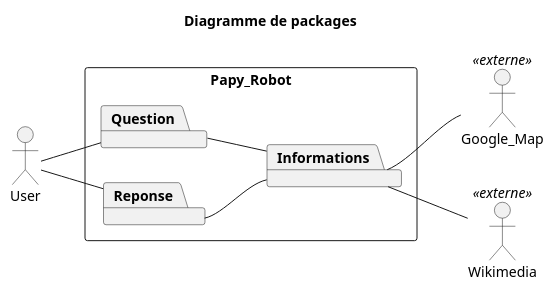
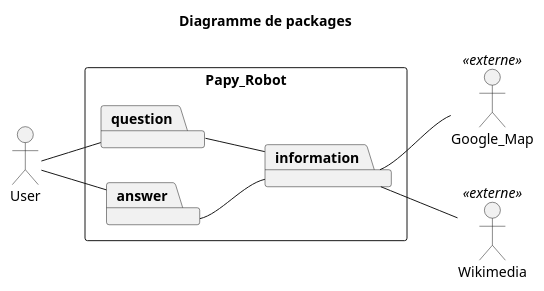
One commit to Zepmanbc/oc_dapython_pr7 changed the diagram in doc/uml/02_packages.puml. Above: the diagram before and after it, drawn with PlantUML. The commit also changed 16 other files, not shown here.

```diff
--- a/doc/uml/02_packages.puml
+++ b/doc/uml/02_packages.puml
@@ -1,22 +1,22 @@
 @startuml 02_packages
 title Diagramme de packages
 
 rectangle Papy_Robot{
     left to right direction
-    package Question
-    package Reponse
-    package Informations
+    package question
+    package answer
+    package information
 }
 actor User
 actor Google_Map <<externe>>
 actor Wikimedia <<externe>>
 
-User -- Question
-User -- Reponse
-Question -- Informations
-Reponse -- Informations
-Informations -- Google_Map
-Informations -- Wikimedia
+User -- question
+User -- answer
+question -- information
+answer -- information
+information -- Google_Map
+information -- Wikimedia
 
 
 @enduml
```
